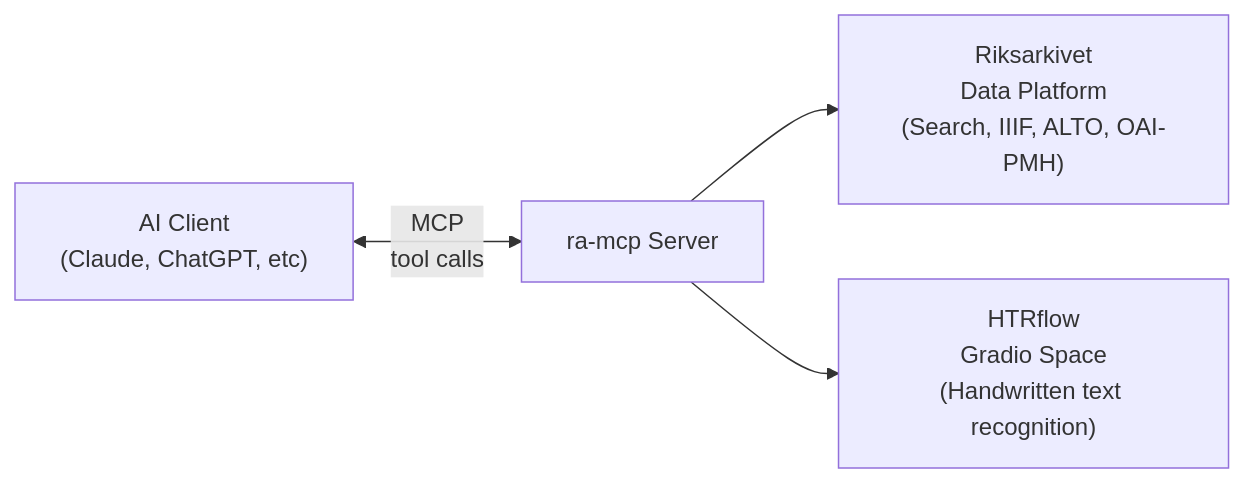
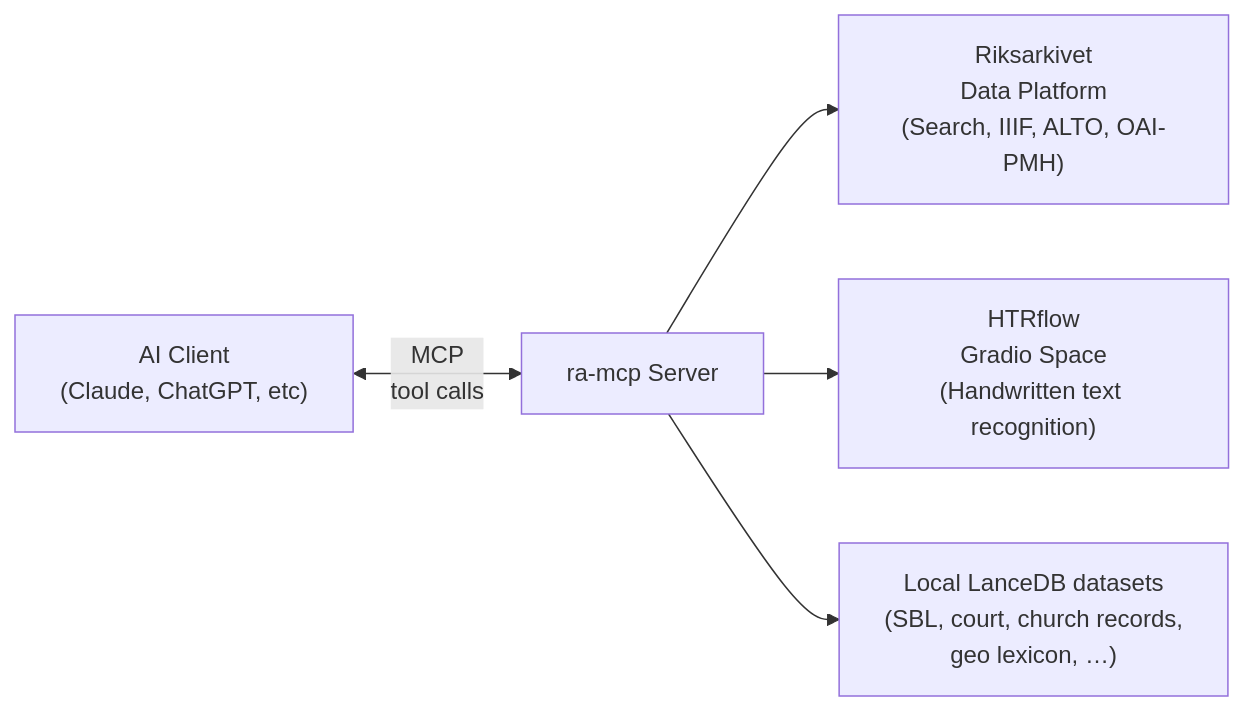
One commit to AI-Riksarkivet/ra-mcp changed the diagram in docs/how-it-works/index.md. Above: the diagram before and after it, drawn with Mermaid. The commit also changed other lines of this file and 40 other files, not shown here.

````diff
--- a/docs/how-it-works/index.md
+++ b/docs/how-it-works/index.md
@@ -15,6 +15,7 @@
 ``` mermaid
 graph LR
   A["AI Client\n(Claude, ChatGPT, etc)"] <-->|"MCP\ntool calls"| B["ra-mcp Server"]
   B --> C["Riksarkivet\nData Platform\n(Search, IIIF, ALTO, OAI-PMH)"]
   B --> D["HTRflow\nGradio Space\n(Handwritten text recognition)"]
+  B --> E["Local LanceDB datasets\n(SBL, court, church records,\ngeo lexicon, …)"]
 ```
````
